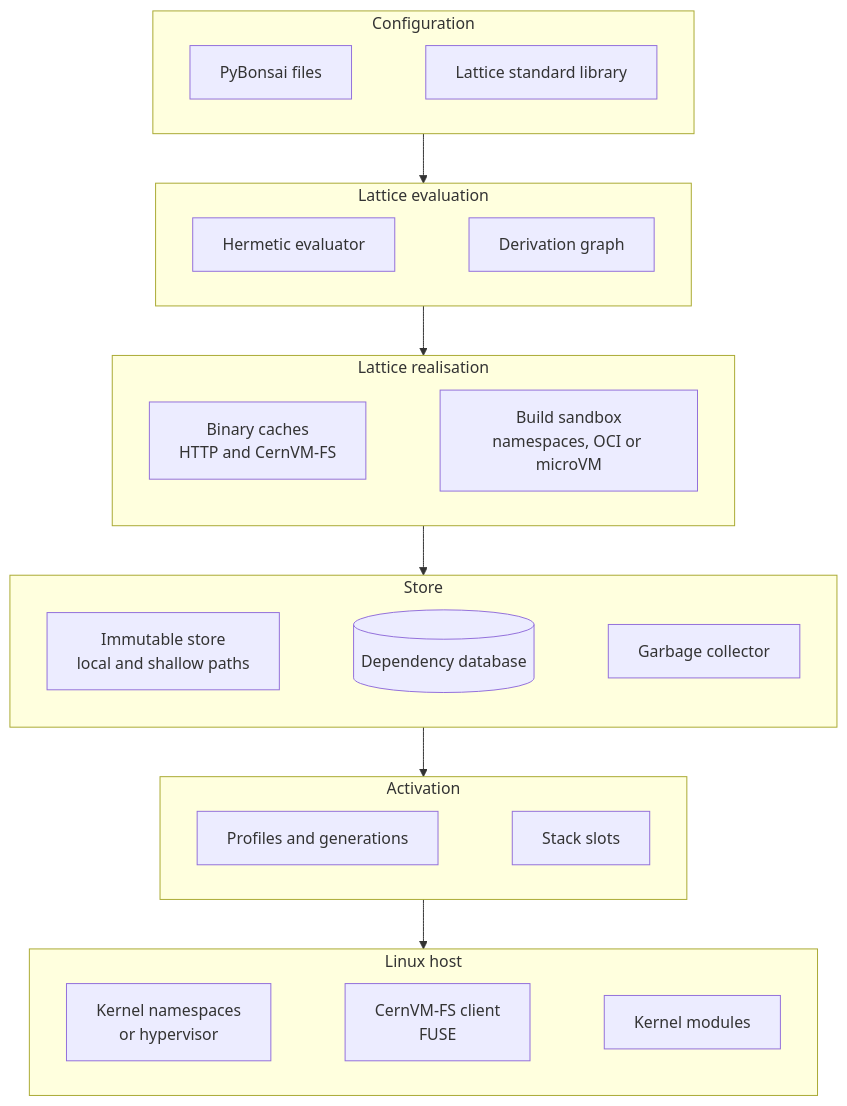
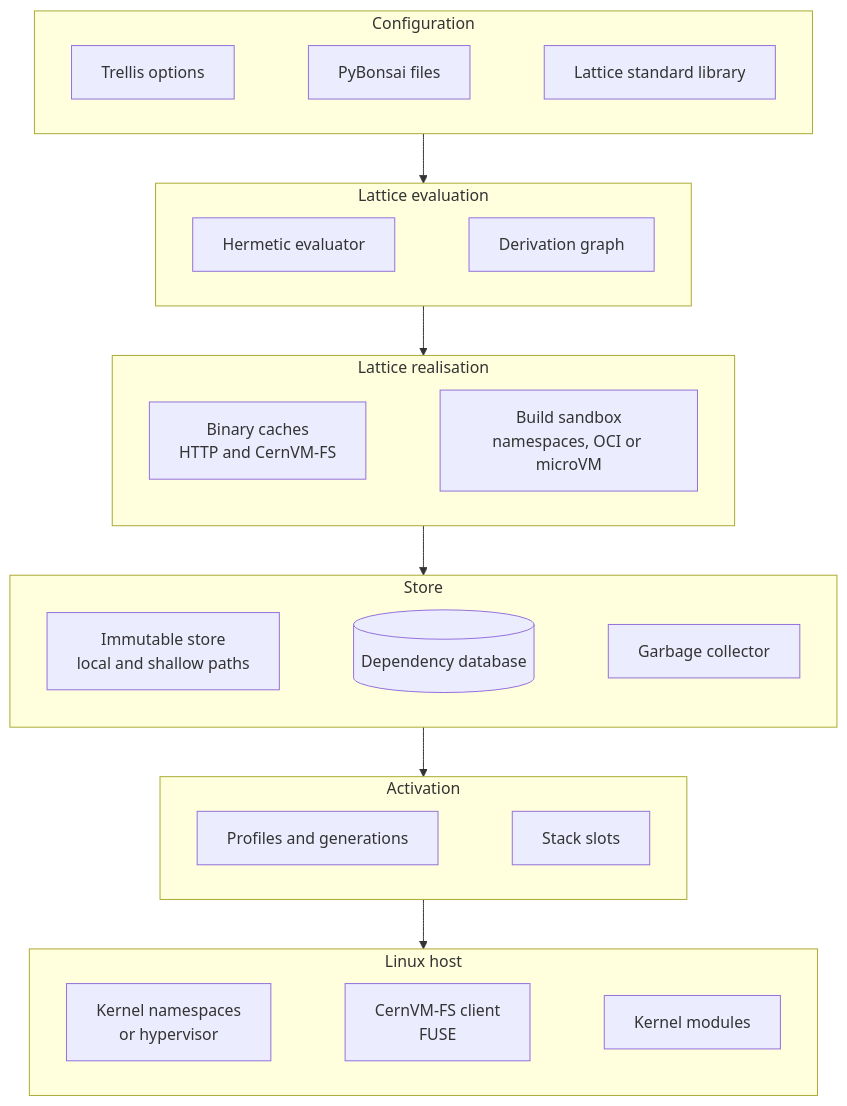
The first of 3 diagrams in docs/rfc/0001-pyrixos-architecture.md (PacketFive/PyrixOS), drawn with Mermaid before and after one commit. The commit also changed other lines of this file and 7 other files, not shown here.

````diff
--- a/docs/rfc/0001-pyrixos-architecture.md
+++ b/docs/rfc/0001-pyrixos-architecture.md
@@ -36,37 +36,37 @@
 ```mermaid
 ---
 config:
   themeVariables:
     fontSize: 16px
   flowchart:
     useMaxWidth: false
   sequence:
     useMaxWidth: false
 ---
 flowchart TB
     subgraph L1["Configuration"]
         direction LR
-        pyb["PyBonsai files"] ~~~ lib["Lattice standard library"]
+        tr["Trellis options"] ~~~ pyb["PyBonsai files"] ~~~ lib["Lattice standard library"]
     end
     subgraph L2["Lattice evaluation"]
         direction LR
         ev["Hermetic evaluator"] ~~~ drv["Derivation graph"]
     end
     subgraph L3["Lattice realisation"]
         direction LR
         bc["Binary caches<br/>HTTP and CernVM-FS"] ~~~ sb["Build sandbox<br/>namespaces, OCI or microVM"]
     end
     subgraph L4["Store"]
         direction LR
         st["Immutable store<br/>local and shallow paths"] ~~~ db[("Dependency database")] ~~~ gc["Garbage collector"]
     end
     subgraph L5["Activation"]
         direction LR
         pr["Profiles and generations"] ~~~ sl["Stack slots"]
     end
     subgraph L6["Linux host"]
         direction LR
         ns["Kernel namespaces<br/>or hypervisor"] ~~~ fuse["CernVM-FS client<br/>FUSE"] ~~~ km["Kernel modules"]
     end
     L1 --> L2 --> L3 --> L4 --> L5 --> L6
 ```
````
